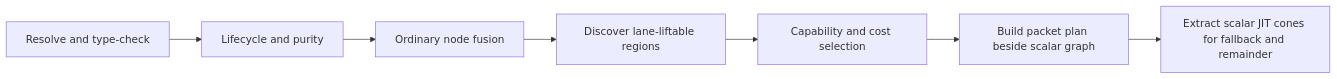
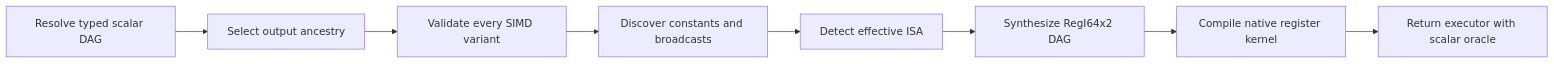
The second of 3 diagrams in crates/polydat/docs/design/simd_isa_autopromotion.md (nosqlbench/polydat), drawn with Mermaid before and after one commit. The commit also changed other lines of this file and 4 other files, not shown here.

````diff
--- a/crates/polydat/docs/design/simd_isa_autopromotion.md
+++ b/crates/polydat/docs/design/simd_isa_autopromotion.md
@@ -1003,9 +336,10 @@
 ```mermaid
 flowchart LR
-    A[Resolve and type-check] --> L[Lifecycle and purity]
-    L --> F[Ordinary node fusion]
-    F --> P[Discover lane-liftable regions]
-    P --> C[Capability and cost selection]
-    C --> B[Build packet plan beside scalar graph]
-    B --> J[Extract scalar JIT cones for fallback and remainder]
+    A[Resolve typed scalar DAG] --> B[Select output ancestry]
+    B --> C[Validate every SIMD variant]
+    C --> D[Discover constants and broadcasts]
+    D --> E[Detect effective ISA]
+    E --> F[Synthesize RegI64x2 DAG]
+    F --> G[Compile native register kernel]
+    G --> H[Return executor with scalar oracle]
 ```
````
